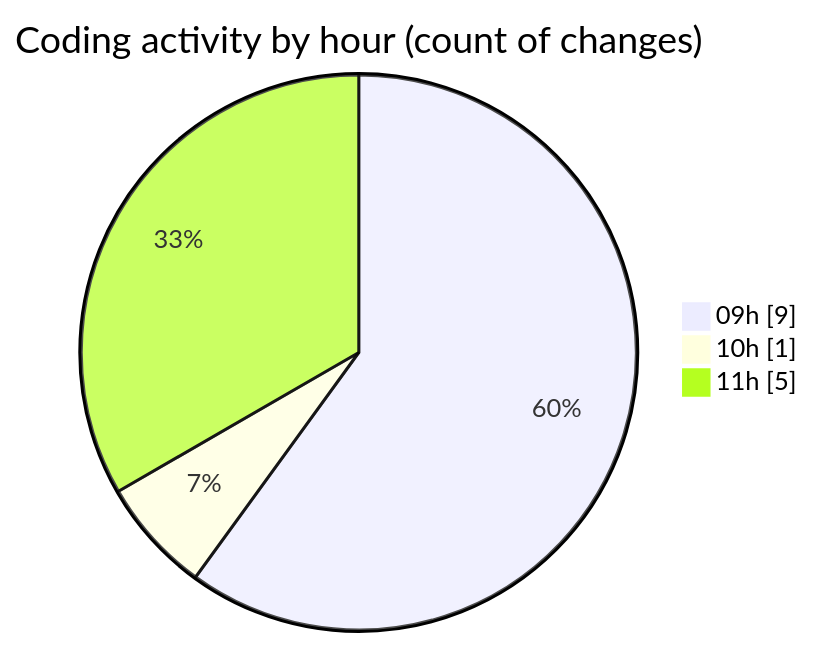
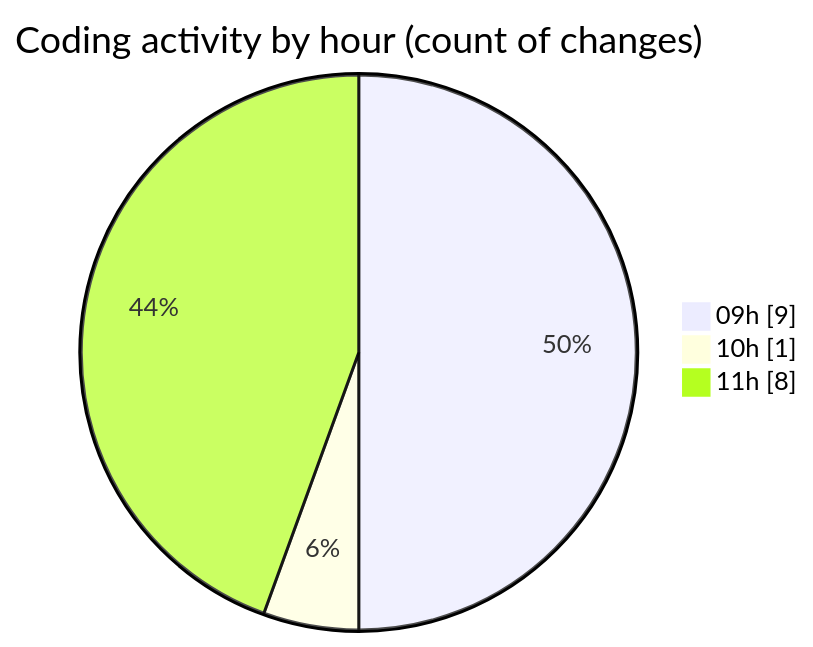
The second of 2 diagrams in 2026-04-16/cilapp/README.md (ricardozamudiocil/code-tracking), drawn with Mermaid before and after one commit. The commit also changed other lines of this file and 1 other file, not shown here.

````diff
--- a/2026-04-16/cilapp/README.md
+++ b/2026-04-16/cilapp/README.md
@@ -38,7 +38,7 @@
 ```mermaid
 pie showData
 title Coding activity by hour (count of changes)
 "09h" : 9
 "10h" : 1
-"11h" : 5
+"11h" : 8
 ```
````
